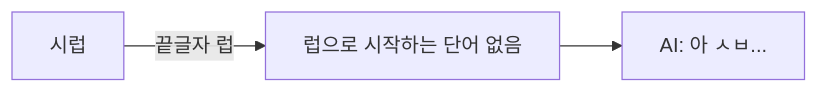
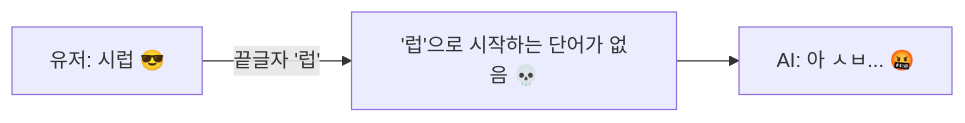
One commit to Technoetic/word-chain-game changed the fifth of 7 diagrams in README.md. Above: the diagram before and after it, drawn with Mermaid. The commit also changed other lines of this file, not shown here.

````diff
--- a/README.md
+++ b/README.md
@@ -90,5 +90,5 @@
 ```mermaid
 flowchart LR
-    A["시럽"] -->|끝글자 럽| B["럽으로 시작하는 단어 없음"]
-    B --> C["AI: 아 ㅅㅂ..."]
+    A["유저: 시럽 😎"] -->|끝글자 '럽'| B["'럽'으로 시작하는 단어가 없음 💀"]
+    B --> C["AI: 아 ㅅㅂ... 🤬"]
 ```
````
